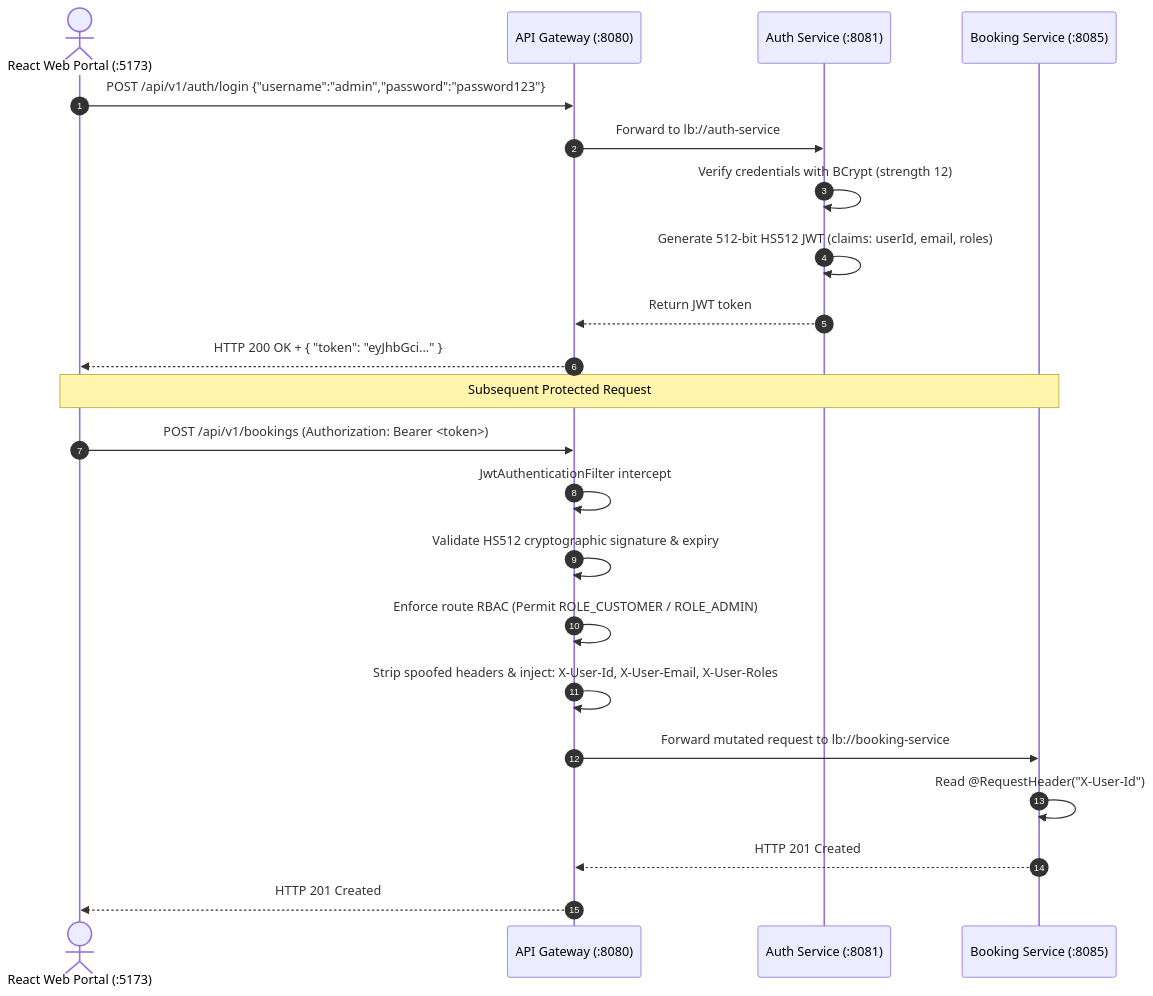
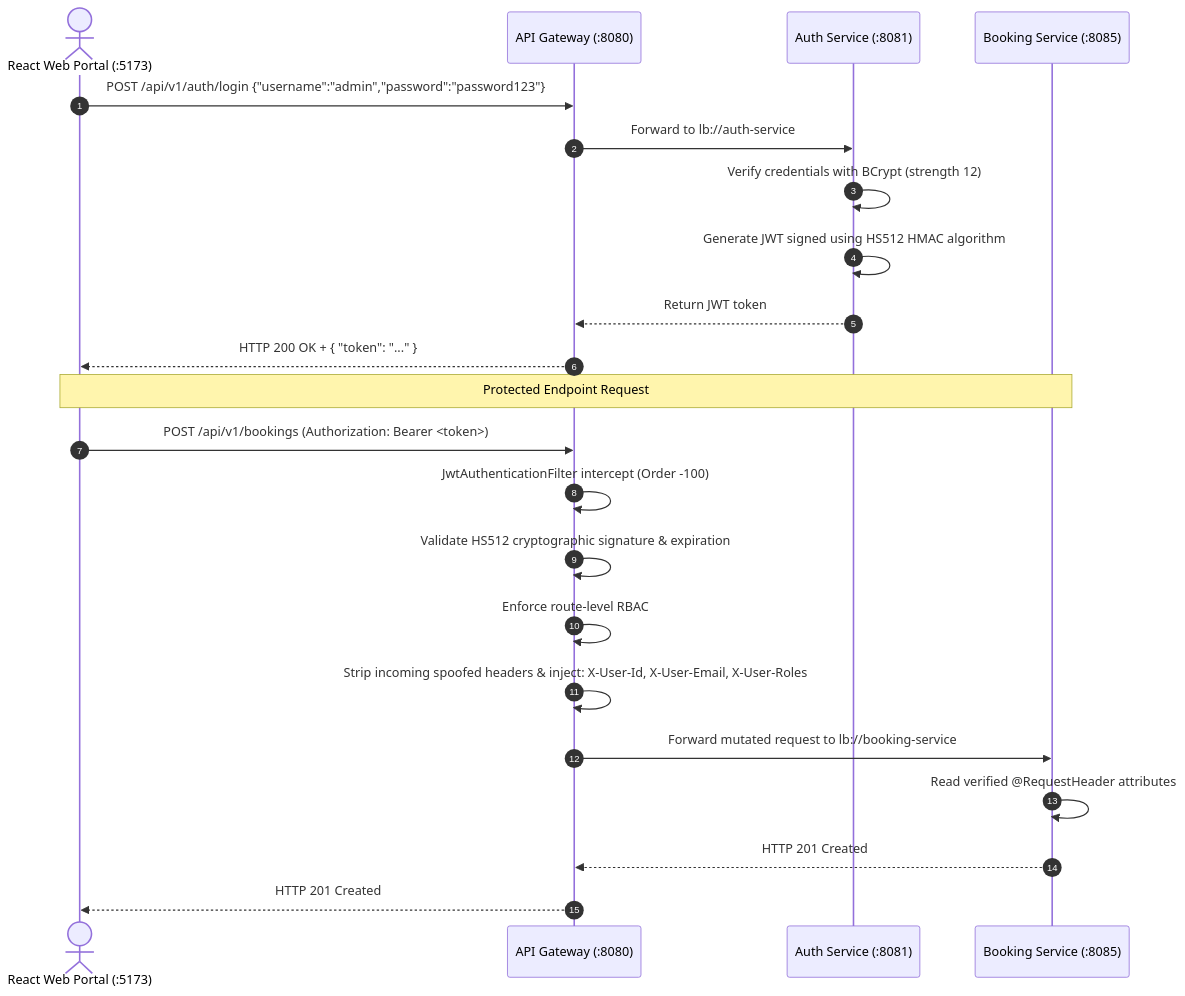
One commit to Dheerajdvn/Hospitality-Management-System changed the third of 4 diagrams in docs/interview/MASTER_PROJECT_INTERVIEW_DOCUMENT.md. Above: the diagram before and after it, drawn with Mermaid. The commit also changed other lines of this file, not shown here.

````diff
--- a/docs/interview/MASTER_PROJECT_INTERVIEW_DOCUMENT.md
+++ b/docs/interview/MASTER_PROJECT_INTERVIEW_DOCUMENT.md
@@ -937,26 +987,26 @@
 ```mermaid
 sequenceDiagram
     autonumber
     actor Client as React Web Portal (:5173)
     participant GW as API Gateway (:8080)
     participant Auth as Auth Service (:8081)
     participant Booking as Booking Service (:8085)
 
     Client->>GW: POST /api/v1/auth/login {"username":"admin","password":"password123"}
     GW->>Auth: Forward to lb://auth-service
     Auth->>Auth: Verify credentials with BCrypt (strength 12)
-    Auth->>Auth: Generate 512-bit HS512 JWT (claims: userId, email, roles)
+    Auth->>Auth: Generate JWT signed using HS512 HMAC algorithm
     Auth-->>GW: Return JWT token
-    GW-->>Client: HTTP 200 OK + { "token": "eyJhbGci..." }
+    GW-->>Client: HTTP 200 OK + { "token": "..." }
 
-    Note over Client,Booking: Subsequent Protected Request
+    Note over Client,Booking: Protected Endpoint Request
     Client->>GW: POST /api/v1/bookings (Authorization: Bearer <token>)
-    GW->>GW: JwtAuthenticationFilter intercept
-    GW->>GW: Validate HS512 cryptographic signature & expiry
-    GW->>GW: Enforce route RBAC (Permit ROLE_CUSTOMER / ROLE_ADMIN)
-    GW->>GW: Strip spoofed headers & inject: X-User-Id, X-User-Email, X-User-Roles
+    GW->>GW: JwtAuthenticationFilter intercept (Order -100)
+    GW->>GW: Validate HS512 cryptographic signature & expiration
+    GW->>GW: Enforce route-level RBAC
+    GW->>GW: Strip incoming spoofed headers & inject: X-User-Id, X-User-Email, X-User-Roles
     GW->>Booking: Forward mutated request to lb://booking-service
-    Booking->>Booking: Read @RequestHeader("X-User-Id")
+    Booking->>Booking: Read verified @RequestHeader attributes
     Booking-->>GW: HTTP 201 Created
     GW-->>Client: HTTP 201 Created
 ```
````
